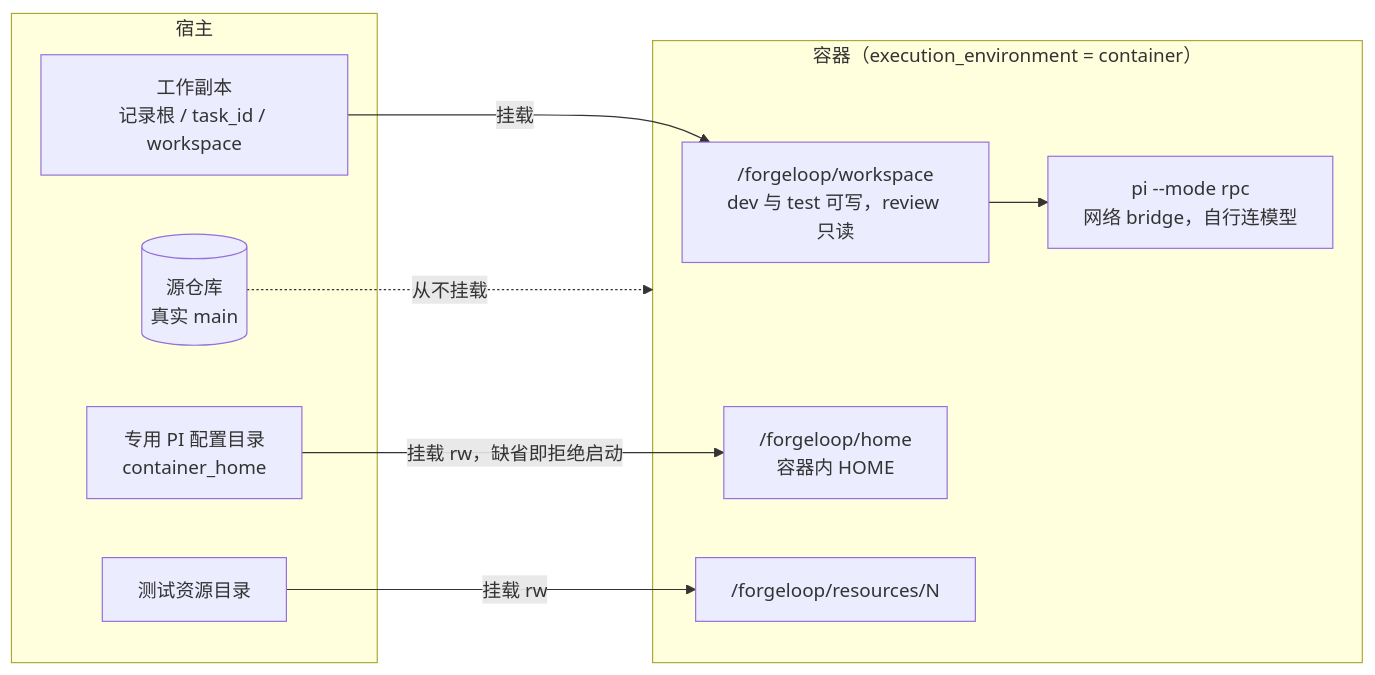
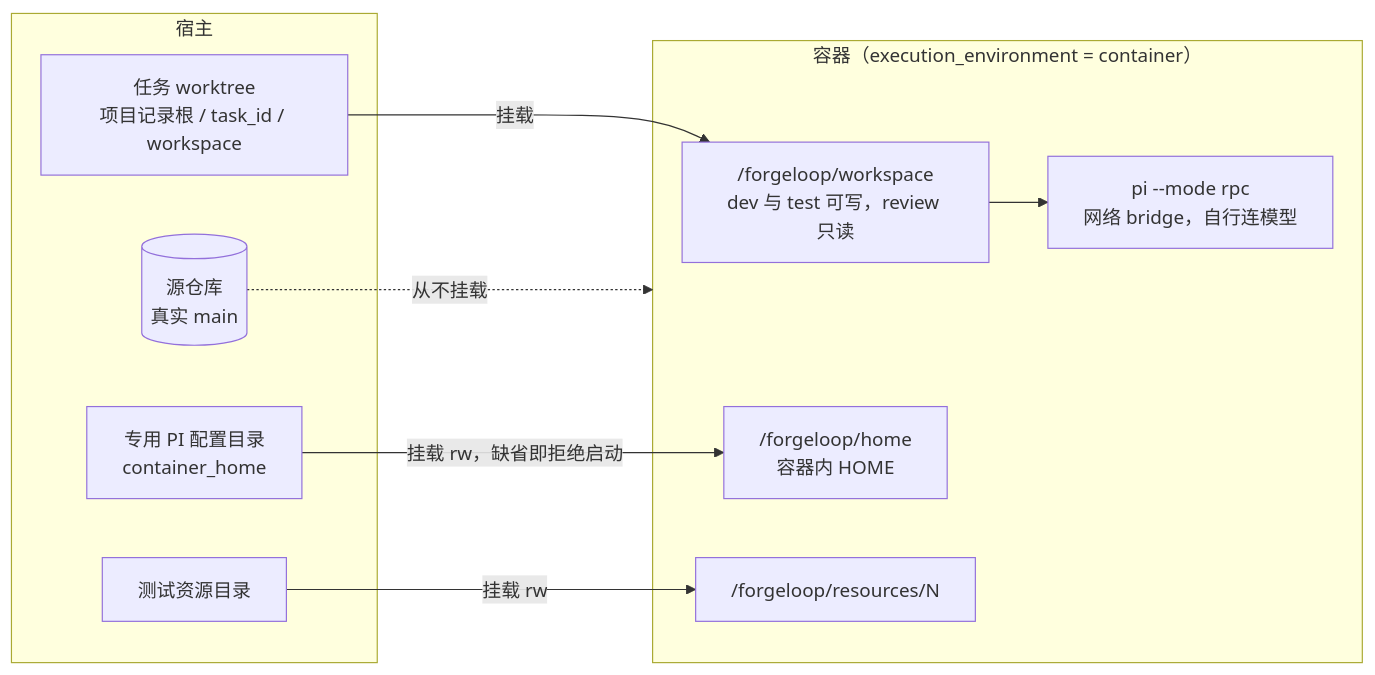
The sixth of 9 diagrams in docs/architecture.md (Lijiajin95/ForgeLoop), drawn with Mermaid before and after one commit. The commit also changed other lines of this file and 74 other files, not shown here.

````diff
--- a/docs/architecture.md
+++ b/docs/architecture.md
@@ -272,20 +280,20 @@
 ```mermaid
 flowchart LR
   subgraph HOST["宿主"]
     SRC[("源仓库<br/>真实 main")]
-    WS["工作副本<br/>记录根 / task_id / workspace"]
+    WS["任务 worktree<br/>项目记录根 / task_id / workspace"]
     CH["专用 PI 配置目录<br/>container_home"]
     TR["测试资源目录"]
   end
   subgraph CONT["容器（execution_environment = container）"]
     CWS["/forgeloop/workspace<br/>dev 与 test 可写，review 只读"]
     CHOME["/forgeloop/home<br/>容器内 HOME"]
     CRES["/forgeloop/resources/N"]
     PIR["pi --mode rpc<br/>网络 bridge，自行连模型"]
   end
   WS -->|"挂载"| CWS
   CH -->|"挂载 rw，缺省即拒绝启动"| CHOME
   TR -->|"挂载 rw"| CRES
   SRC -.->|"从不挂载"| CONT
   CWS --> PIR
 ```
````
